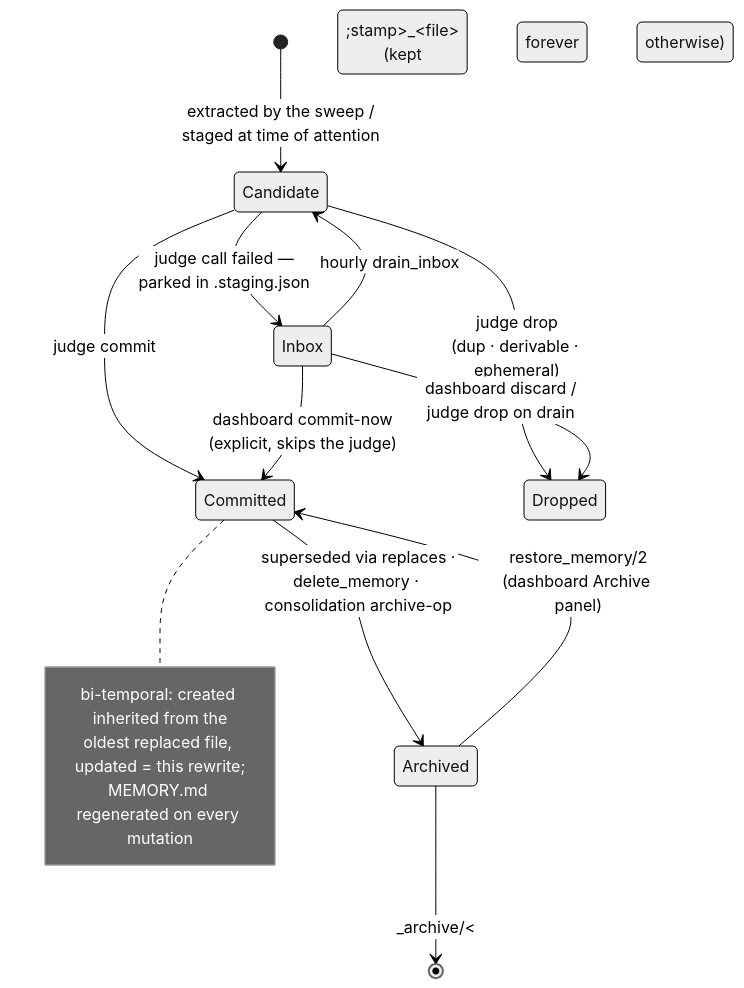
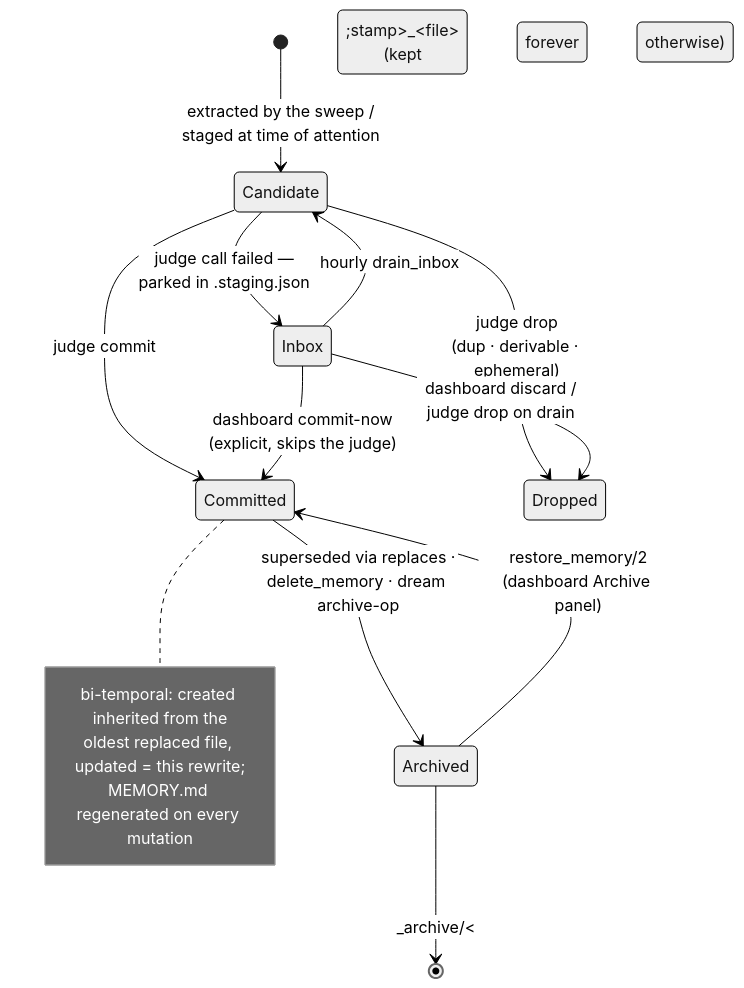
The second of 8 diagrams in @apps/web/lib/core/memory.md (jgeschwendt/.claude), drawn with Mermaid (neutral theme) before and after one commit. The commit also changed other lines of this file and 8 other files, not shown here.

````diff
--- a/@apps/web/lib/core/memory.md
+++ b/@apps/web/lib/core/memory.md
@@ -77,18 +77,18 @@
 ```mermaid
 stateDiagram-v2
     [*] --> Candidate: extracted by the sweep /<br/>staged at time of attention
     Candidate --> Committed: judge commit
     Candidate --> Dropped: judge drop<br/>(dup · derivable · ephemeral)
     Candidate --> Inbox: judge call failed —<br/>parked in .staging.json
     Inbox --> Candidate: hourly drain_inbox
     Inbox --> Dropped: dashboard discard /<br/>judge drop on drain
     Inbox --> Committed: dashboard commit-now<br/>(explicit, skips the judge)
-    Committed --> Archived: superseded via replaces ·<br/>delete_memory · consolidation archive-op
+    Committed --> Archived: superseded via replaces ·<br/>delete_memory · dream archive-op
     Archived --> Committed: restore_memory/2<br/>(dashboard Archive panel)
     Archived --> [*]: _archive/&lt;stamp&gt;_&lt;file&gt;<br/>(kept forever otherwise)
     note right of Committed
         bi-temporal: created inherited from the
         oldest replaced file, updated = this rewrite;
         MEMORY.md regenerated on every mutation
     end note
 ```
````
